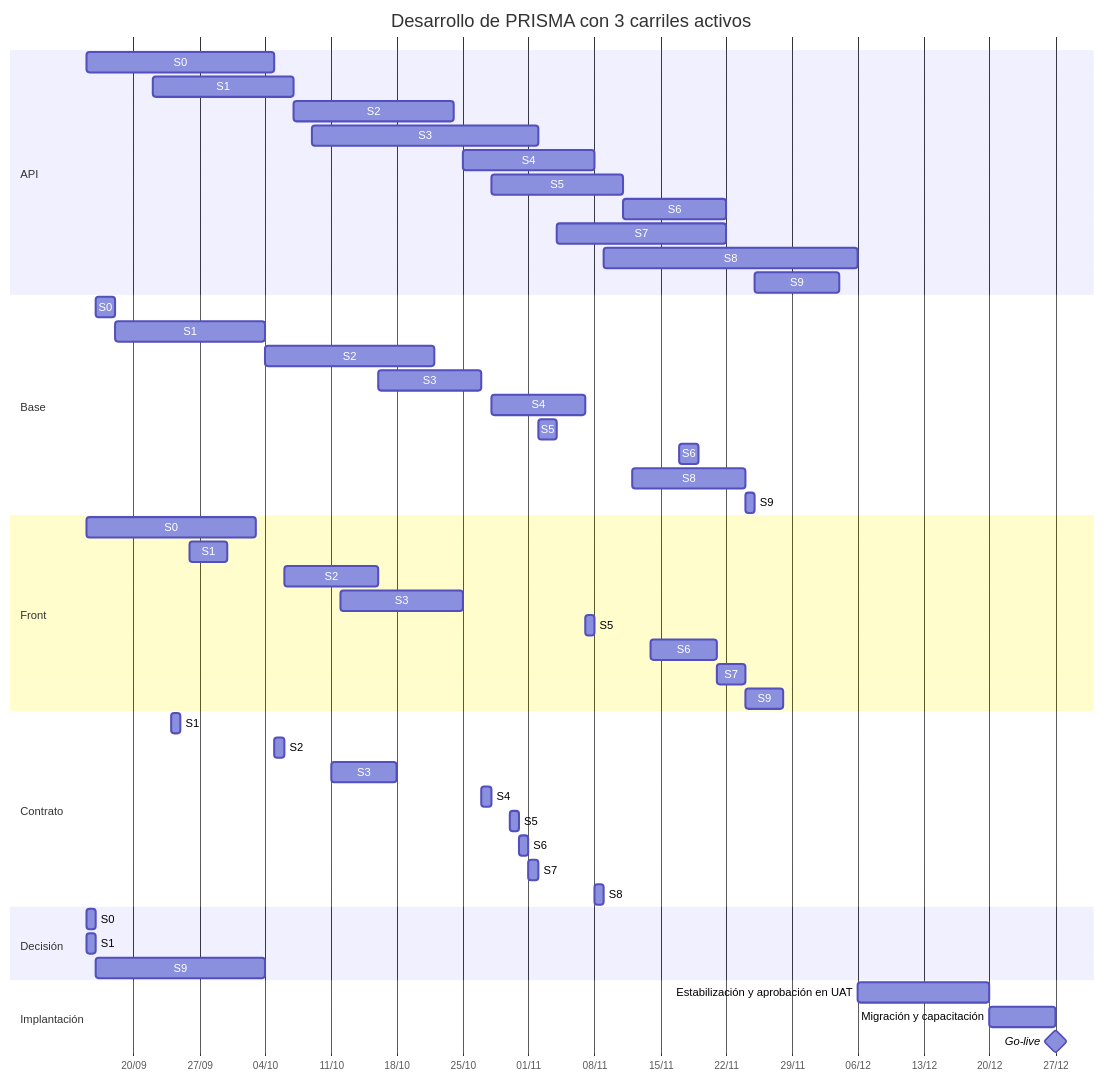
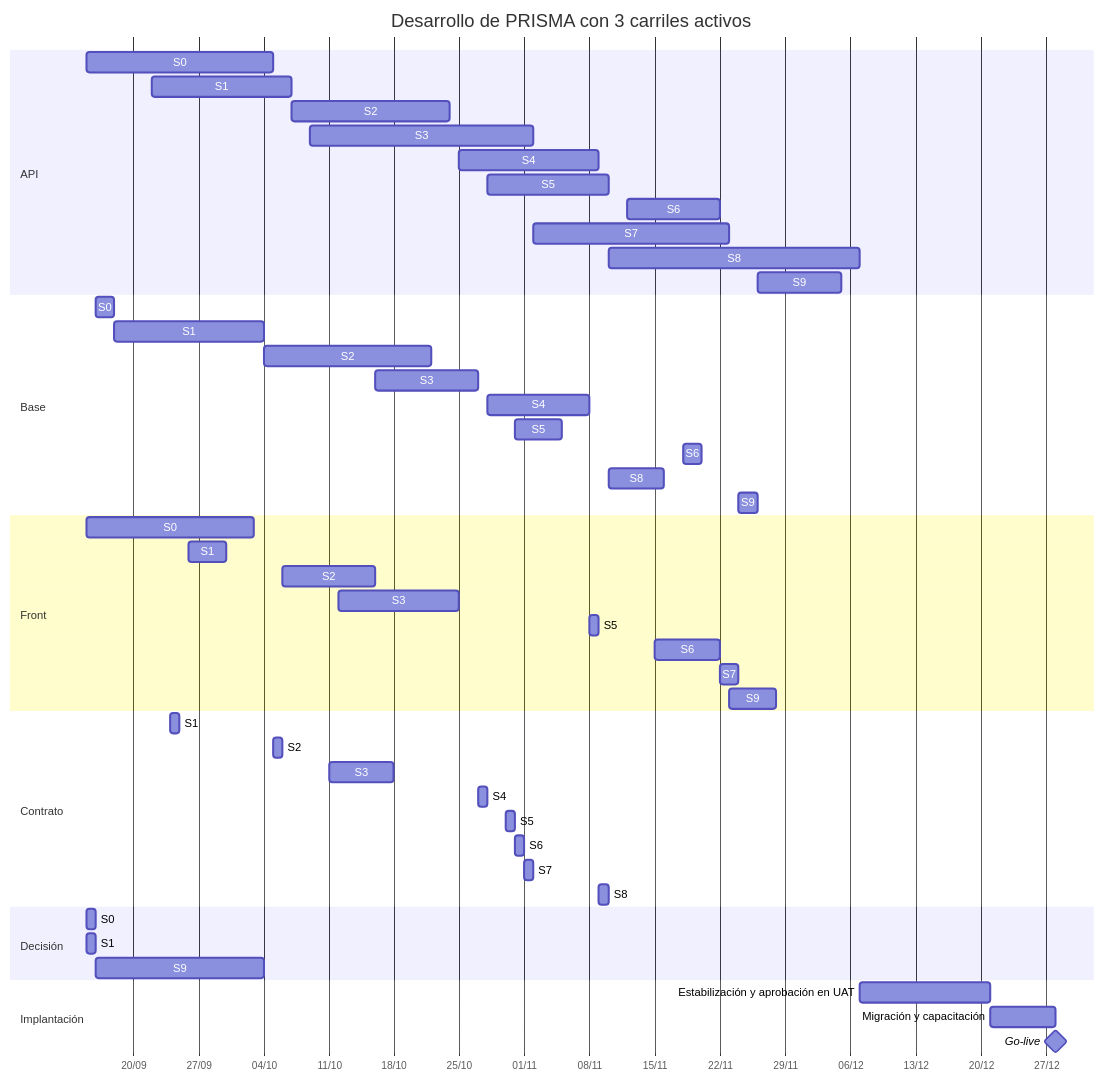
Before and after one commit to Juanchope039/Finanzas-PRISMA: the first of 2 diagrams in docs/08-plan-de-desarrollo.md, drawn with Mermaid. The commit also changed other lines of this file and 4 other files, not shown here.

````diff
--- a/docs/08-plan-de-desarrollo.md
+++ b/docs/08-plan-de-desarrollo.md
@@ -172,59 +172,59 @@
 ```mermaid
 gantt
     title Desarrollo de PRISMA con 3 carriles activos
     dateFormat YYYY-MM-DD
     axisFormat %d/%m
 
     section API
     S0 :api0, 2026-09-15, 2026-10-05
     S1 :api1, 2026-09-22, 2026-10-07
     S2 :api2, 2026-10-07, 2026-10-24
     S3 :api3, 2026-10-09, 2026-11-02
-    S4 :api4, 2026-10-25, 2026-11-08
-    S5 :api5, 2026-10-28, 2026-11-11
-    S6 :api6, 2026-11-11, 2026-11-22
-    S7 :api7, 2026-11-04, 2026-11-22
-    S8 :api8, 2026-11-09, 2026-12-06
-    S9 :api9, 2026-11-25, 2026-12-04
+    S4 :api4, 2026-10-25, 2026-11-09
+    S5 :api5, 2026-10-28, 2026-11-10
+    S6 :api6, 2026-11-12, 2026-11-22
+    S7 :api7, 2026-11-02, 2026-11-23
+    S8 :api8, 2026-11-10, 2026-12-07
+    S9 :api9, 2026-11-26, 2026-12-05
 
     section Base
     S0 :base0, 2026-09-16, 2026-09-18
     S1 :base1, 2026-09-18, 2026-10-04
     S2 :base2, 2026-10-04, 2026-10-22
     S3 :base3, 2026-10-16, 2026-10-27
-    S4 :base4, 2026-10-28, 2026-11-07
-    S5 :base5, 2026-11-02, 2026-11-04
-    S6 :base6, 2026-11-17, 2026-11-19
-    S8 :base8, 2026-11-12, 2026-11-24
-    S9 :base9, 2026-11-24, 2026-11-25
+    S4 :base4, 2026-10-28, 2026-11-08
+    S5 :base5, 2026-10-31, 2026-11-05
+    S6 :base6, 2026-11-18, 2026-11-20
+    S8 :base8, 2026-11-10, 2026-11-16
+    S9 :base9, 2026-11-24, 2026-11-26
 
     section Front
     S0 :front0, 2026-09-15, 2026-10-03
     S1 :front1, 2026-09-26, 2026-09-30
     S2 :front2, 2026-10-06, 2026-10-16
     S3 :front3, 2026-10-12, 2026-10-25
-    S5 :front5, 2026-11-07, 2026-11-08
-    S6 :front6, 2026-11-14, 2026-11-21
-    S7 :front7, 2026-11-21, 2026-11-24
-    S9 :front9, 2026-11-24, 2026-11-28
+    S5 :front5, 2026-11-08, 2026-11-09
+    S6 :front6, 2026-11-15, 2026-11-22
+    S7 :front7, 2026-11-22, 2026-11-24
+    S9 :front9, 2026-11-23, 2026-11-28
 
     section Contrato
     S1 :contrato1, 2026-09-24, 2026-09-25
     S2 :contrato2, 2026-10-05, 2026-10-06
     S3 :contrato3, 2026-10-11, 2026-10-18
     S4 :contrato4, 2026-10-27, 2026-10-28
     S5 :contrato5, 2026-10-30, 2026-10-31
     S6 :contrato6, 2026-10-31, 2026-11-01
     S7 :contrato7, 2026-11-01, 2026-11-02
-    S8 :contrato8, 2026-11-08, 2026-11-09
+    S8 :contrato8, 2026-11-09, 2026-11-10
 
     section Decisión
     S0 :decisin0, 2026-09-15, 2026-09-16
     S1 :decisin1, 2026-09-15, 2026-09-16
     S9 :decisin9, 2026-09-16, 2026-10-04
 
     section Implantación
-    Estabilización y aprobación en UAT :est, 2026-12-06, 2026-12-20
-    Migración y capacitación :mig, 2026-12-20, 2026-12-27
-    Go-live :milestone, 2026-12-27, 0d
+    Estabilización y aprobación en UAT :est, 2026-12-07, 2026-12-21
+    Migración y capacitación :mig, 2026-12-21, 2026-12-28
+    Go-live :milestone, 2026-12-28, 0d
 ```
````
